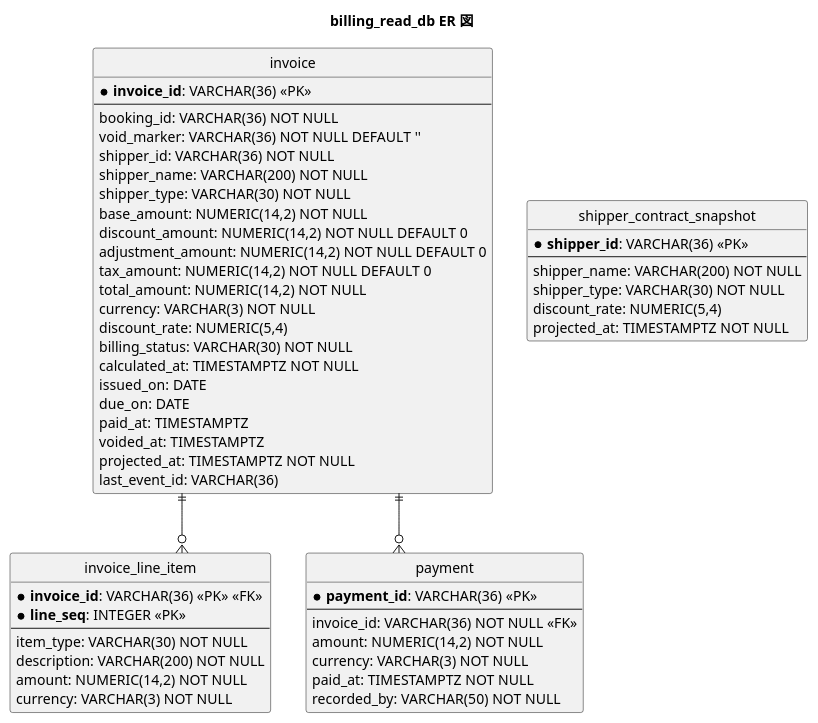
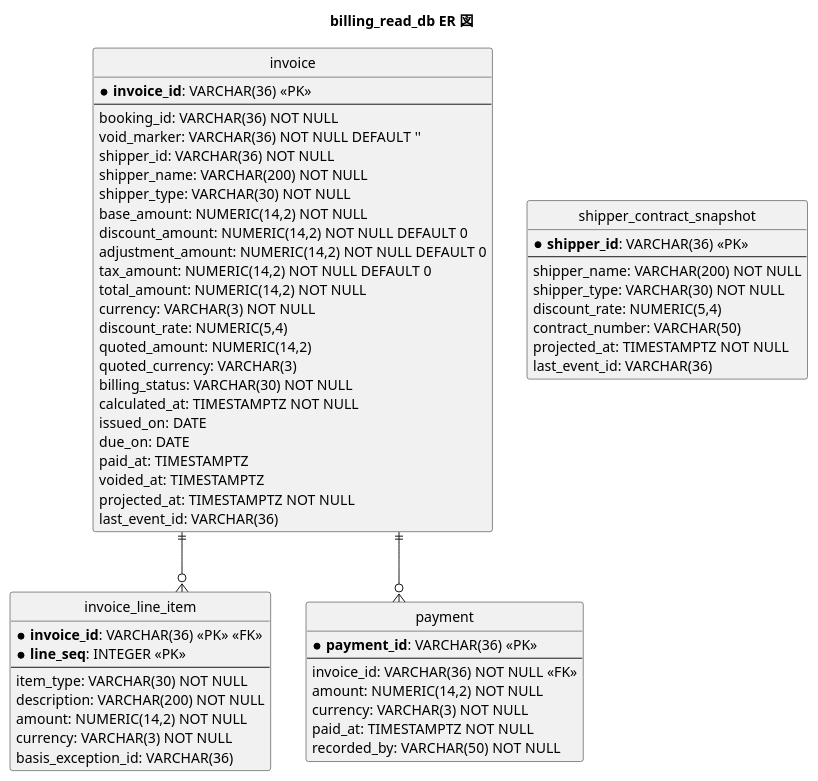
The eighth of 9 diagrams in docs/design/cargo-tracker/data-model.md (k2works/case-study-cargo-tracker), drawn with PlantUML before and after one commit. The commit also changed other lines of this file and 18 other files, not shown here.

````diff
--- a/docs/design/cargo-tracker/data-model.md
+++ b/docs/design/cargo-tracker/data-model.md
@@ -585,65 +596,70 @@
 ```plantuml
 @startuml
 title billing_read_db ER 図
 
 hide circle
 skinparam linetype ortho
 
 entity "invoice" as inv {
   * **invoice_id**: VARCHAR(36) <<PK>>
   --
   booking_id: VARCHAR(36) NOT NULL
   void_marker: VARCHAR(36) NOT NULL DEFAULT ''
   shipper_id: VARCHAR(36) NOT NULL
   shipper_name: VARCHAR(200) NOT NULL
   shipper_type: VARCHAR(30) NOT NULL
   base_amount: NUMERIC(14,2) NOT NULL
   discount_amount: NUMERIC(14,2) NOT NULL DEFAULT 0
   adjustment_amount: NUMERIC(14,2) NOT NULL DEFAULT 0
   tax_amount: NUMERIC(14,2) NOT NULL DEFAULT 0
   total_amount: NUMERIC(14,2) NOT NULL
   currency: VARCHAR(3) NOT NULL
   discount_rate: NUMERIC(5,4)
+  quoted_amount: NUMERIC(14,2)
+  quoted_currency: VARCHAR(3)
   billing_status: VARCHAR(30) NOT NULL
   calculated_at: TIMESTAMPTZ NOT NULL
   issued_on: DATE
   due_on: DATE
   paid_at: TIMESTAMPTZ
   voided_at: TIMESTAMPTZ
   projected_at: TIMESTAMPTZ NOT NULL
   last_event_id: VARCHAR(36)
 }
 
 entity "invoice_line_item" as li {
   * **invoice_id**: VARCHAR(36) <<PK>> <<FK>>
   * **line_seq**: INTEGER <<PK>>
   --
   item_type: VARCHAR(30) NOT NULL
   description: VARCHAR(200) NOT NULL
   amount: NUMERIC(14,2) NOT NULL
   currency: VARCHAR(3) NOT NULL
+  basis_exception_id: VARCHAR(36)
 }
 
 entity "payment" as pay {
   * **payment_id**: VARCHAR(36) <<PK>>
   --
   invoice_id: VARCHAR(36) NOT NULL <<FK>>
   amount: NUMERIC(14,2) NOT NULL
   currency: VARCHAR(3) NOT NULL
   paid_at: TIMESTAMPTZ NOT NULL
   recorded_by: VARCHAR(50) NOT NULL
 }
 
 entity "shipper_contract_snapshot" as scs {
   * **shipper_id**: VARCHAR(36) <<PK>>
   --
   shipper_name: VARCHAR(200) NOT NULL
   shipper_type: VARCHAR(30) NOT NULL
   discount_rate: NUMERIC(5,4)
+  contract_number: VARCHAR(50)
   projected_at: TIMESTAMPTZ NOT NULL
+  last_event_id: VARCHAR(36)
 }
 
 inv ||--o{ li
 inv ||--o{ pay
 @enduml
 ```
````
